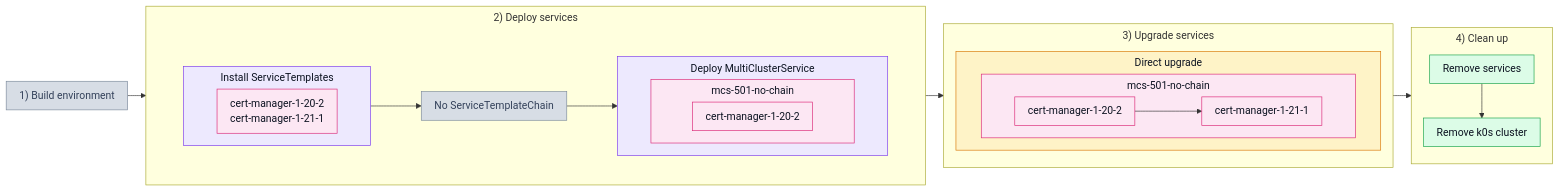
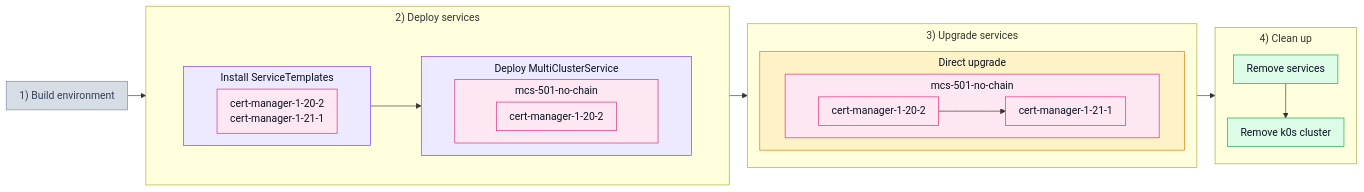
Before and after one commit to josef-hak/ksm-tests: the diagram in test_scenarios/501_no_chain.md, drawn with Mermaid. The commit also changed 6 other files, not shown here.

````diff
--- a/test_scenarios/501_no_chain.md
+++ b/test_scenarios/501_no_chain.md
@@ -15,53 +15,51 @@
 ```mermaid
 %%{init: {'flowchart': {'padding': 10, 'nodeSpacing': 18, 'rankSpacing': 28, 'subGraphTitleMargin': {'top': 6, 'bottom': 10}}}}%%
 flowchart LR
     P1["1) Build environment"]
 
     subgraph P2["2) Deploy services"]
         subgraph W2[" "]
             direction LR
             subgraph D1["Install ServiceTemplates"]
                 T1["cert-manager-1-20-2<br/>cert-manager-1-21-1"]
             end
 
-            D3["No ServiceTemplateChain"]
-
             subgraph D2["Deploy MultiClusterService"]
                 subgraph DM["mcs-501-no-chain"]
                     M1["cert-manager-1-20-2"]
                 end
             end
 
-            D1 --> D3 --> D2
+            D1 --> D2
         end
     end
 
     subgraph P3["3) Upgrade services"]
         subgraph U1["Direct upgrade"]
             subgraph UM["mcs-501-no-chain"]
                 direction LR
                 V1["cert-manager-1-20-2"] --> V2["cert-manager-1-21-1"]
             end
         end
     end
 
     subgraph P4["4) Clean up"]
         C1["Remove services"] --> C2["Remove k0s cluster"]
     end
 
     P1 --> P2 --> P3 --> P4
 
     classDef off fill:#d7dde5,stroke:#7c8a9c,color:#33415a
     classDef purple fill:#ede9fe,stroke:#7c3aed,color:#0b1220
     classDef pink fill:#fce7f3,stroke:#db2777,color:#0b1220
     classDef amber fill:#fef3c7,stroke:#d97706,color:#0b1220
     classDef green fill:#dcfce7,stroke:#16a34a,color:#0b1220
     classDef bare fill:none,stroke:none
 
-    class P1,D3 off
+    class P1 off
     class D1,D2 purple
     class DM,T1,M1,UM,V1,V2 pink
     class U1 amber
     class C1,C2 green
     class W2 bare
 ```
````
